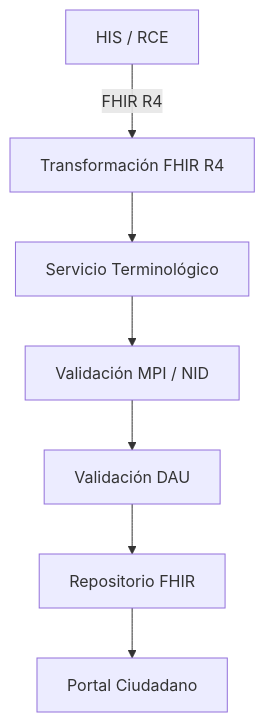
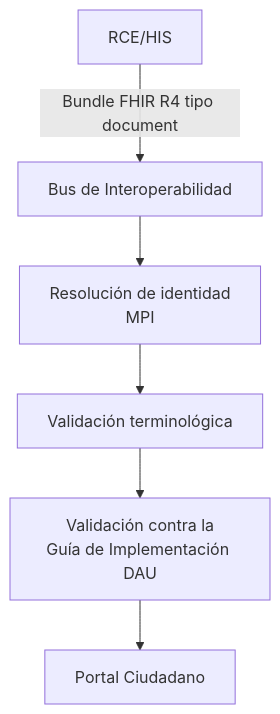
Before and after one commit to rchristiansen/CL-URGENCIA: the diagram in input/pagecontent/index.md, drawn with Mermaid. The commit also changed other lines of this file and 12 other files, not shown here.

```diff
--- a/input/pagecontent/index.md
+++ b/input/pagecontent/index.md
@@ -43,9 +43,8 @@
 <div class="mermaid">
 flowchart TD
-    A["HIS / RCE"] -->|"FHIR R4"| B["Transformación FHIR R4"]
-    B --> C["Servicio Terminológico"]
-    C --> D["Validación MPI / NID"]
-    D --> E["Validación DAU"]
-    E --> F["Repositorio FHIR"]
-    F --> G["Portal Ciudadano"]
+    A["RCE/HIS "] -->|"Bundle FHIR R4 tipo document"| B["Bus de Interoperabilidad"]
+    B --> C["Resolución de identidad<br/>MPI"]
+    C --> D["Validación terminológica"]
+    D --> E["Validación contra la<br/>Guía de Implementación DAU"]
+    E --> F["Portal Ciudadano"]
 </div>
```
